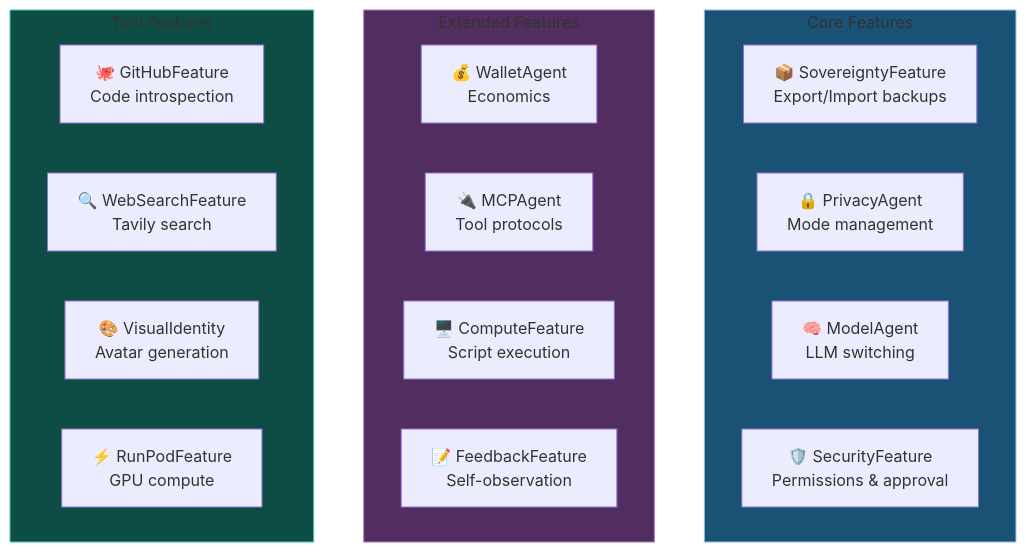
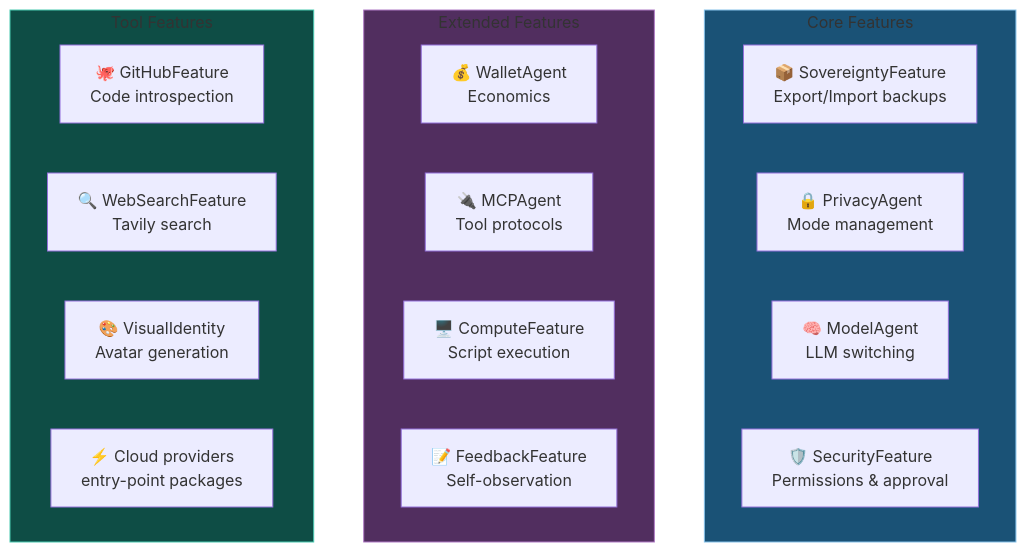
The eighth of 10 diagrams in docs/diagrams/04-feature-framework.md (KestrelSovereignAI/kestrel-sovereign), drawn with Mermaid before and after one commit. The commit also changed 11 other files, not shown here.

Commit message:
fix(features): align cloud registry with provider packages

````diff
--- a/docs/diagrams/04-feature-framework.md
+++ b/docs/diagrams/04-feature-framework.md
@@ -183,27 +183,27 @@
 ```mermaid
 graph TB
     subgraph core["Core Features"]
         SOV["📦 SovereigntyFeature<br/>Export/Import backups"]
         PRIV["🔒 PrivacyAgent<br/>Mode management"]
         MODEL["🧠 ModelAgent<br/>LLM switching"]
         SEC["🛡️ SecurityFeature<br/>Permissions & approval"]
     end
 
     subgraph extended["Extended Features"]
         WALLET["💰 WalletAgent<br/>Economics"]
         MCP["🔌 MCPAgent<br/>Tool protocols"]
         COMPUTE["🖥️ ComputeFeature<br/>Script execution"]
         FEEDBACK["📝 FeedbackFeature<br/>Self-observation"]
     end
 
     subgraph tools["Tool Features"]
         GITHUB["🐙 GitHubFeature<br/>Code introspection"]
         SEARCH["🔍 WebSearchFeature<br/>Tavily search"]
         VISUAL["🎨 VisualIdentity<br/>Avatar generation"]
-        RUNPOD["⚡ RunPodFeature<br/>GPU compute"]
+        CLOUD["⚡ Cloud providers<br/>entry-point packages"]
     end
 
     style core fill:#1a5276,stroke:#85c1e9
     style extended fill:#512e5f,stroke:#af7ac5
     style tools fill:#0e4d45,stroke:#48c9b0
 ```
````
